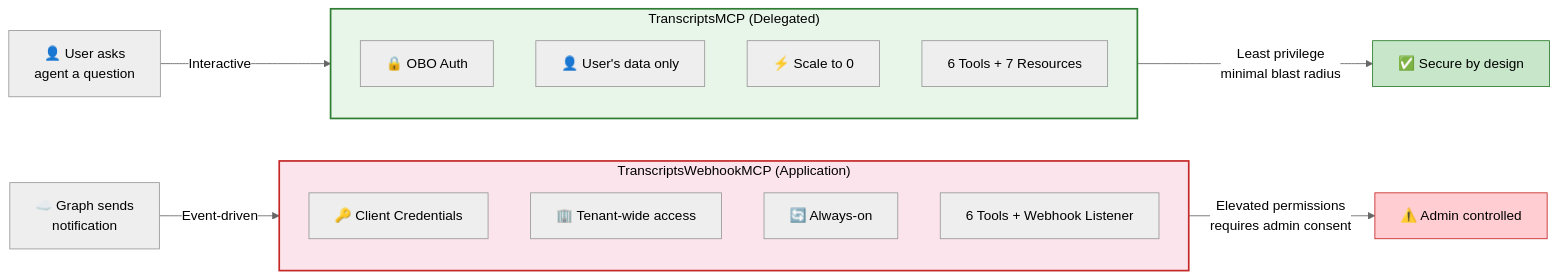
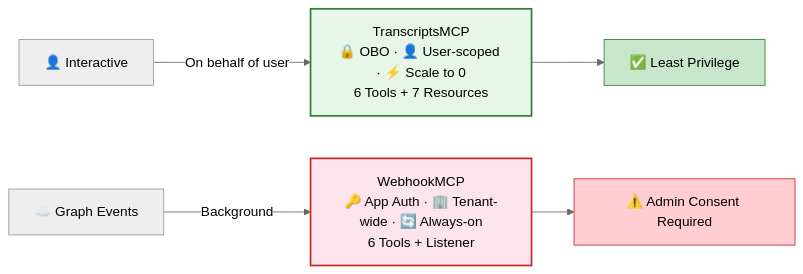
The second of 4 diagrams in Architecture.MD (ITSpecialist111/MicrosoftGraph_Transcript_MCP), drawn with Mermaid (neutral theme) before and after one commit. The commit also changed other lines of this file, not shown here.

First line of the commit message:
Revise architecture diagrams and user workflow

````diff
--- a/Architecture.MD
+++ b/Architecture.MD
@@ -154,27 +66,13 @@
 ```mermaid
 graph LR
-    subgraph DELEGATED_SERVER["TranscriptsMCP (Delegated)"]
-        DS1["🔒 OBO Auth"]
-        DS2["👤 User's data only"]
-        DS3["⚡ Scale to 0"]
-        DS4["6 Tools + 7 Resources"]
-    end
+    USER["👤 Interactive"] -->|"On behalf of user"| DEL
+    EVENTS["☁️ Graph Events"] -->|"Background"| WEB
 
-    subgraph WEBHOOK_SERVER["TranscriptsWebhookMCP (Application)"]
-        WS1["🔑 Client Credentials"]
-        WS2["🏢 Tenant-wide access"]
-        WS3["🔄 Always-on"]
-        WS4["6 Tools + Webhook Listener"]
-    end
+    DEL["TranscriptsMCP\n🔒 OBO · 👤 User-scoped · ⚡ Scale to 0\n6 Tools + 7 Resources"] --> SAFE["✅ Least Privilege"]
+    WEB["WebhookMCP\n🔑 App Auth · 🏢 Tenant-wide · 🔄 Always-on\n6 Tools + Listener"] --> ELEVATED["⚠️ Admin Consent Required"]
 
-    USER["👤 User asks\nagent a question"] -->|"Interactive"| DELEGATED_SERVER
-    GRAPH_EVENT["☁️ Graph sends\nnotification"] -->|"Event-driven"| WEBHOOK_SERVER
-
-    DELEGATED_SERVER -->|"Least privilege\nminimal blast radius"| SAFE["✅ Secure by design"]
-    WEBHOOK_SERVER -->|"Elevated permissions\nrequires admin consent"| ELEVATED["⚠️ Admin controlled"]
-
-    style DELEGATED_SERVER fill:#e8f5e9,stroke:#2e7d32,stroke-width:2px,color:#000
-    style WEBHOOK_SERVER fill:#fce4ec,stroke:#c62828,stroke-width:2px,color:#000
+    style DEL fill:#e8f5e9,stroke:#2e7d32,stroke-width:2px,color:#000
+    style WEB fill:#fce4ec,stroke:#c62828,stroke-width:2px,color:#000
     style SAFE fill:#c8e6c9,stroke:#2e7d32,color:#000
     style ELEVATED fill:#ffcdd2,stroke:#c62828,color:#000
 ```
````
